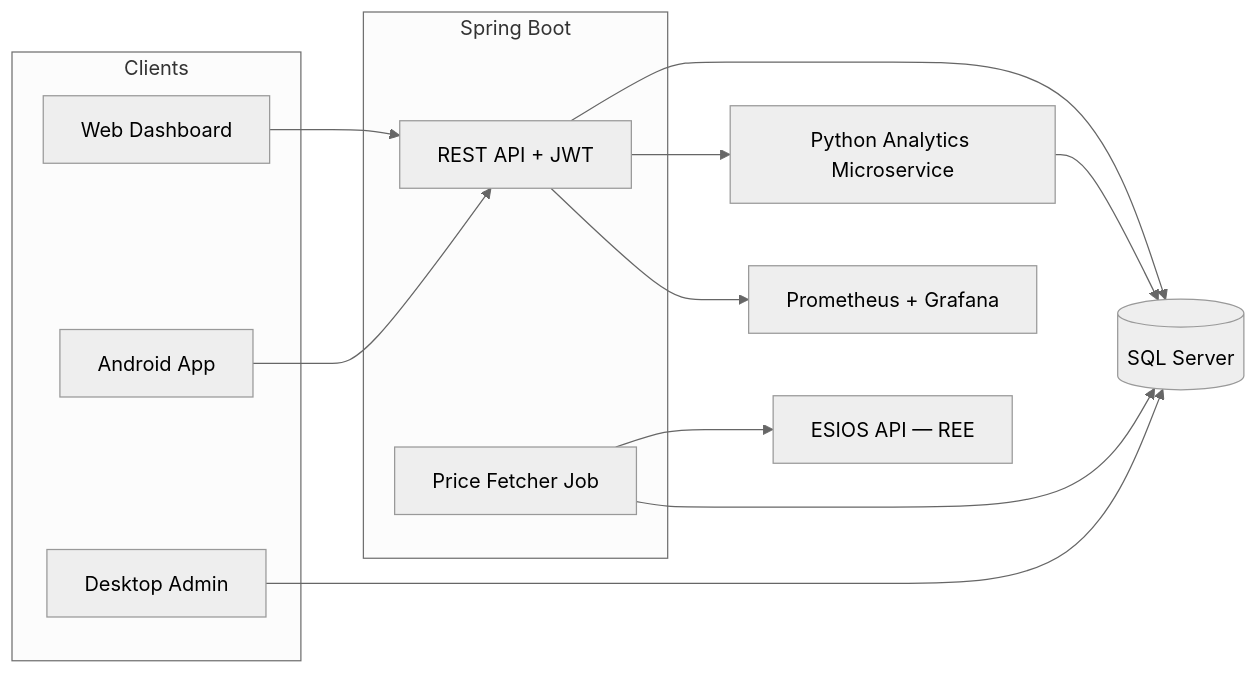
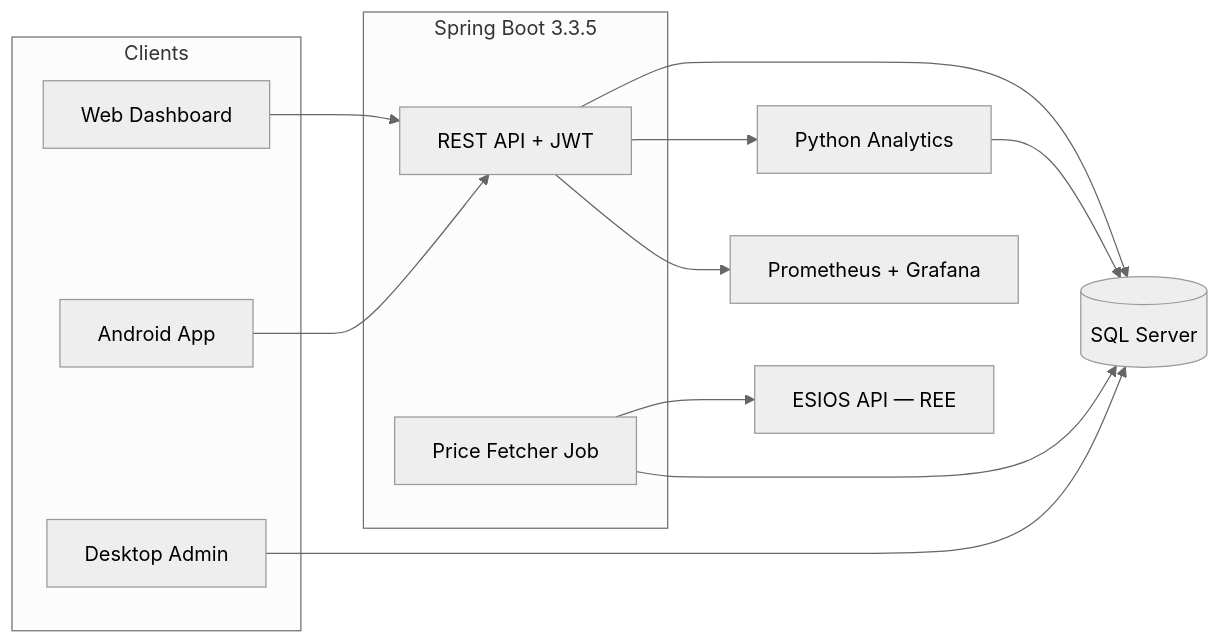
The diagram in README.md (Manstor21/WattWise), drawn with Mermaid (neutral theme) before and after one commit. The commit also changed other lines of this file and 7 other files, not shown here.

````diff
--- a/README.md
+++ b/README.md
@@ -37,28 +17,28 @@
 ```mermaid
 flowchart LR
     subgraph Clients
         WEB[Web Dashboard]
         ANDROID[Android App]
         DESKTOP[Desktop Admin]
     end
 
-    subgraph Backend[Spring Boot]
+    subgraph Backend[Spring Boot 3.3.5]
         API[REST API + JWT]
         JOB[Price Fetcher Job]
     end
 
-    ANALYTICS[Python Analytics Microservice]
+    ANALYTICS[Python Analytics]
     DB[(SQL Server)]
     ESIOS[ESIOS API — REE]
     OBS[Prometheus + Grafana]
 
     WEB --> API
     ANDROID --> API
     DESKTOP --> DB
     API --> DB
     JOB --> ESIOS
     JOB --> DB
     ANALYTICS --> DB
     API --> ANALYTICS
     API --> OBS
 ```
````
